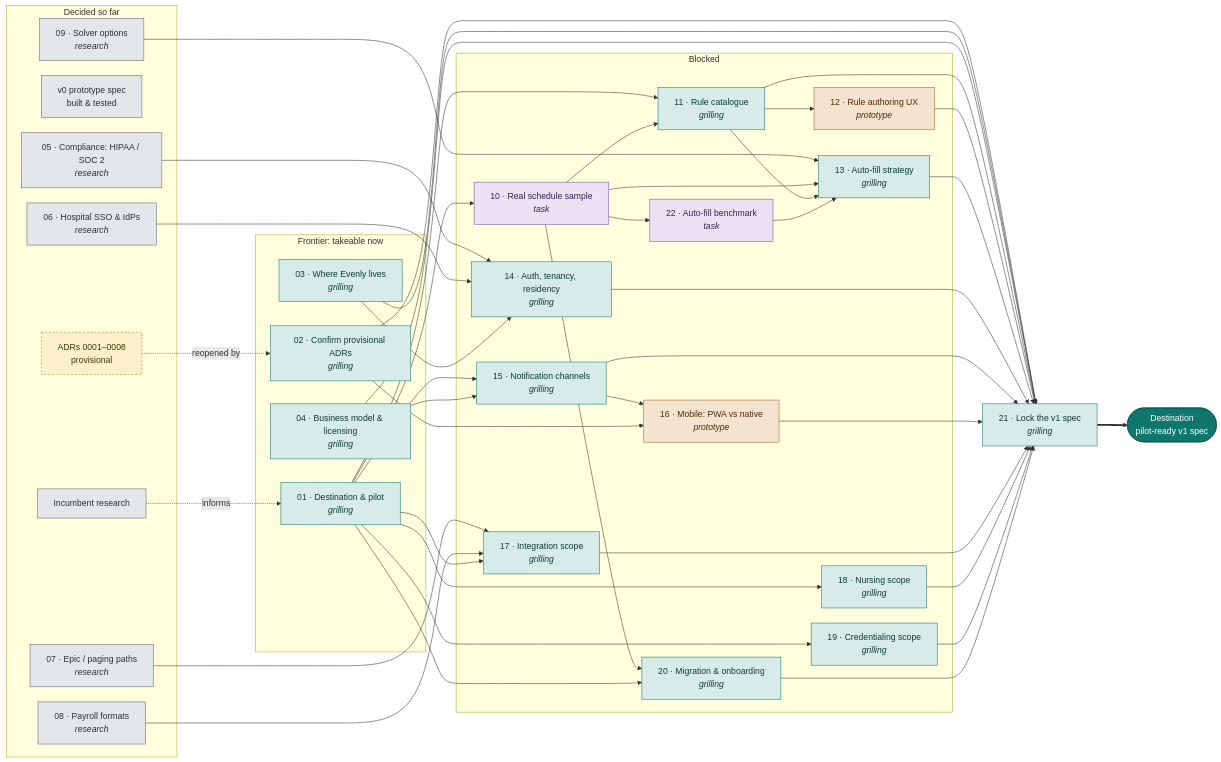
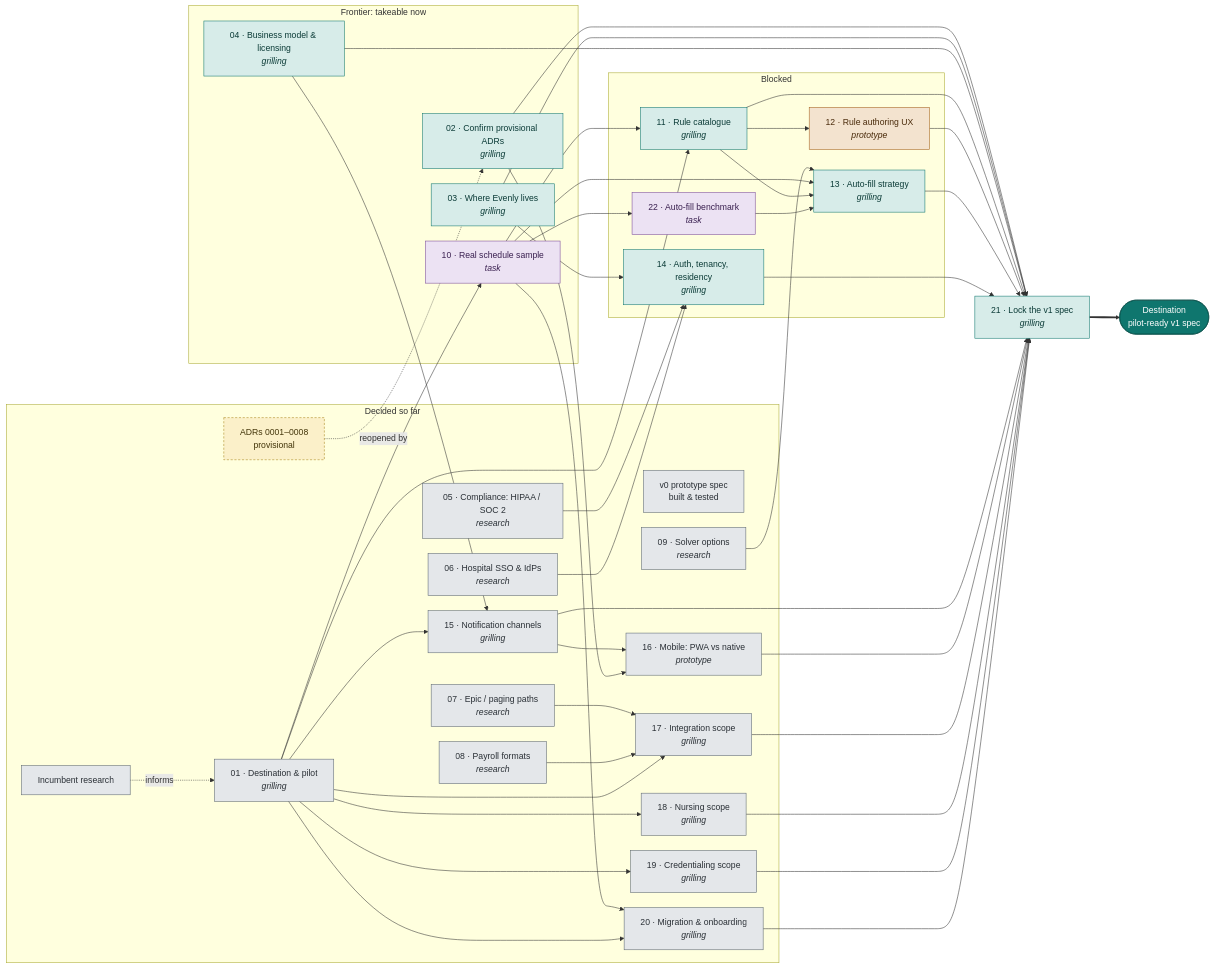
The first of 2 diagrams in .scratch/evenly-v1/flowchart.md (rinaldoevosem/zoe-test), drawn with Mermaid before and after one commit. The commit also changed 27 other files, not shown here.

```diff
--- a/.scratch/evenly-v1/flowchart.md
+++ b/.scratch/evenly-v1/flowchart.md
@@ -13,30 +13,30 @@
     D1["Incumbent research"]:::done
     D2["v0 prototype spec<br/>built & tested"]:::done
     D3["ADRs 0001–0008<br/>provisional"]:::prov
+    T01["01 · Destination & pilot<br/><i>grilling</i>"]:::done
     T05["05 · Compliance: HIPAA / SOC 2<br/><i>research</i>"]:::done
     T06["06 · Hospital SSO & IdPs<br/><i>research</i>"]:::done
     T07["07 · Epic / paging paths<br/><i>research</i>"]:::done
     T08["08 · Payroll formats<br/><i>research</i>"]:::done
     T09["09 · Solver options<br/><i>research</i>"]:::done
+    T15["15 · Notification channels<br/><i>grilling</i>"]:::done
+    T16["16 · Mobile: PWA vs native<br/><i>prototype</i>"]:::done
+    T17["17 · Integration scope<br/><i>grilling</i>"]:::done
+    T18["18 · Nursing scope<br/><i>grilling</i>"]:::done
+    T19["19 · Credentialing scope<br/><i>grilling</i>"]:::done
+    T20["20 · Migration & onboarding<br/><i>grilling</i>"]:::done
   end
   subgraph FRONTIER["Frontier: takeable now"]
-    T01["01 · Destination & pilot<br/><i>grilling</i>"]:::grilling
     T02["02 · Confirm provisional ADRs<br/><i>grilling</i>"]:::grilling
     T03["03 · Where Evenly lives<br/><i>grilling</i>"]:::grilling
     T04["04 · Business model & licensing<br/><i>grilling</i>"]:::grilling
+    T10["10 · Real schedule sample<br/><i>task</i>"]:::task
   end
   subgraph FOG["Blocked"]
-    T10["10 · Real schedule sample<br/><i>task</i>"]:::task
     T11["11 · Rule catalogue<br/><i>grilling</i>"]:::grilling
     T12["12 · Rule authoring UX<br/><i>prototype</i>"]:::prototype
     T13["13 · Auto-fill strategy<br/><i>grilling</i>"]:::grilling
     T14["14 · Auth, tenancy, residency<br/><i>grilling</i>"]:::grilling
-    T15["15 · Notification channels<br/><i>grilling</i>"]:::grilling
-    T16["16 · Mobile: PWA vs native<br/><i>prototype</i>"]:::prototype
-    T17["17 · Integration scope<br/><i>grilling</i>"]:::grilling
-    T18["18 · Nursing scope<br/><i>grilling</i>"]:::grilling
-    T19["19 · Credentialing scope<br/><i>grilling</i>"]:::grilling
-    T20["20 · Migration & onboarding<br/><i>grilling</i>"]:::grilling
     T22["22 · Auto-fill benchmark<br/><i>task</i>"]:::task
   end
   T21["21 · Lock the v1 spec<br/><i>grilling</i>"]:::grilling
```
